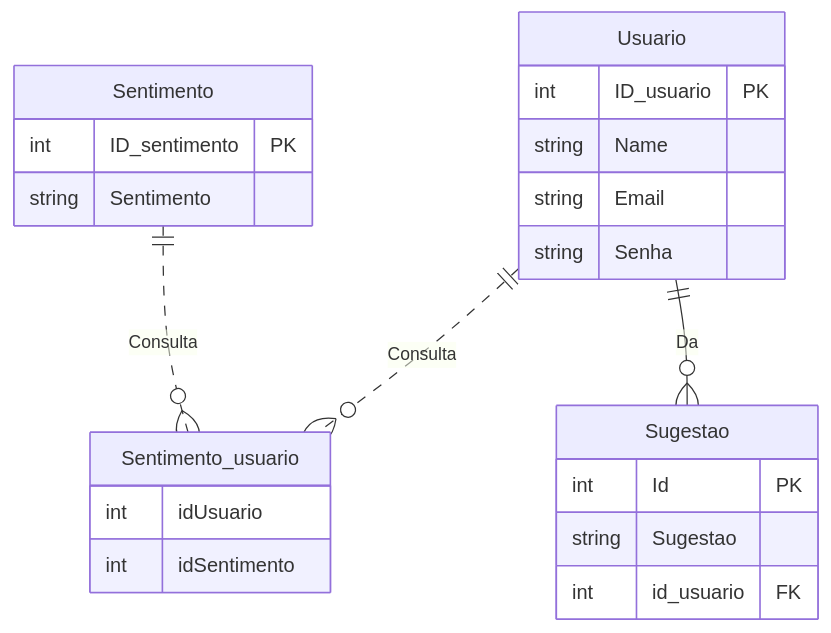
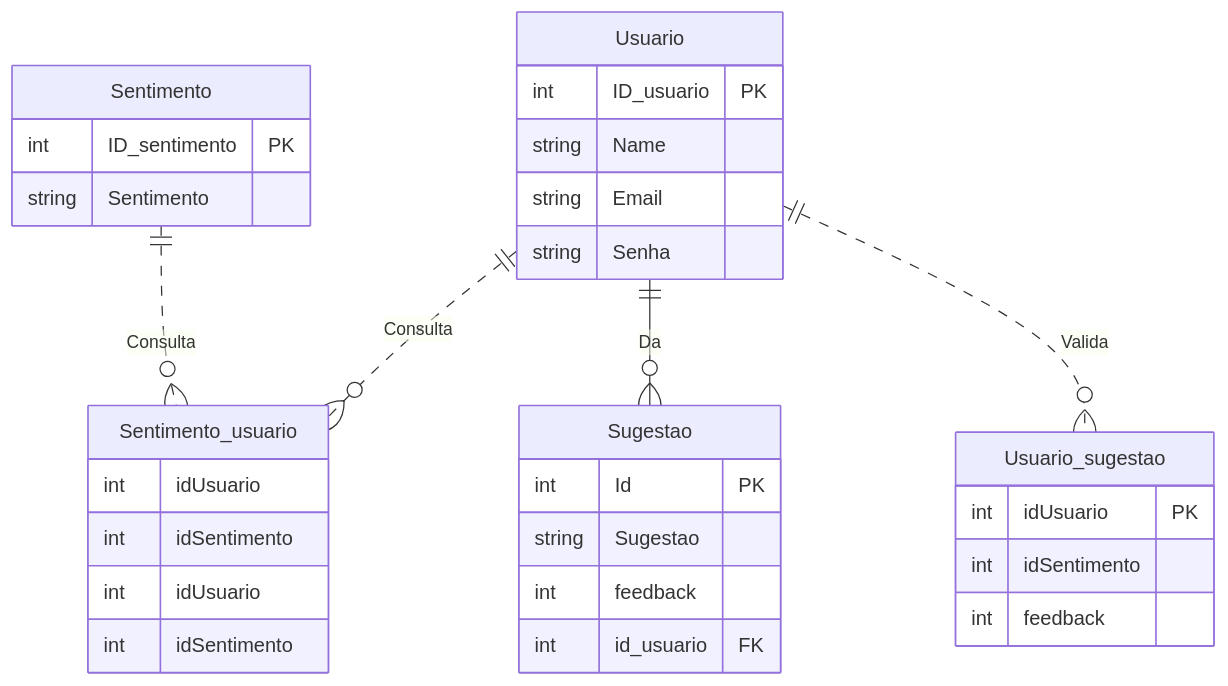
One commit to HTsuyoshi/GetBy changed the diagram in database/README.md. Above: the diagram before and after it, drawn with Mermaid. The commit also changed other lines of this file and 2 other files, not shown here.

````diff
--- a/database/README.md
+++ b/database/README.md
@@ -11,28 +11,41 @@
 ```mermaid
 erDiagram
     Usuario {
         int ID_usuario PK
         string Name
         string Email
         string Senha
     }
     Sentimento {
         int ID_sentimento PK
         string Sentimento
     }
 
     Sentimento_usuario{
         int idUsuario
         int idSentimento
     }
 
     Sugestao {
         int Id PK
         string Sugestao
+        int feedback
         int id_usuario FK
+    }
+
+    Sentimento_usuario {
+        int idUsuario
+        int idSentimento
+    }
+
+    Usuario_sugestao {
+        int idUsuario PK
+        int idSentimento
+        int feedback
     }
 
     Usuario ||..o{ Sentimento_usuario : "Consulta"
     Sentimento ||..o{ Sentimento_usuario : "Consulta"
     Usuario ||--o{ Sugestao : "Da"
+    Usuario ||..o{ Usuario_sugestao : "Valida"
 ```
````
